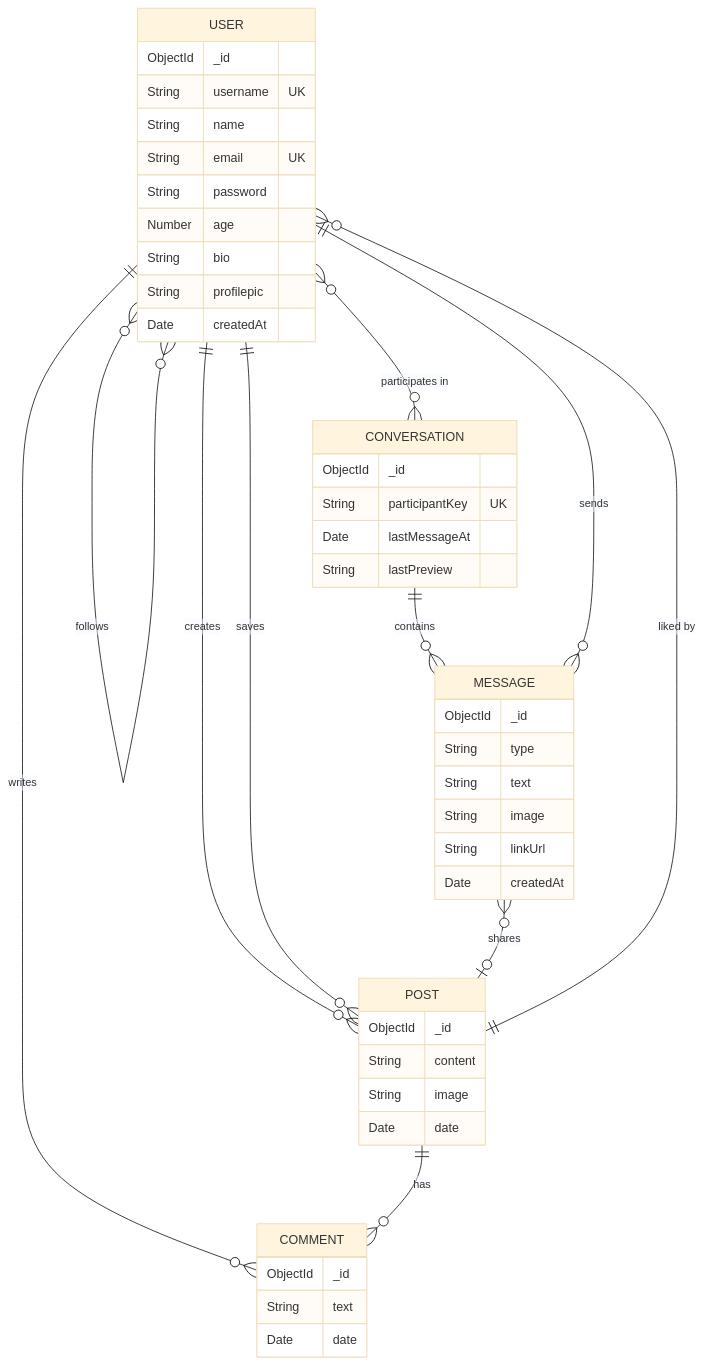
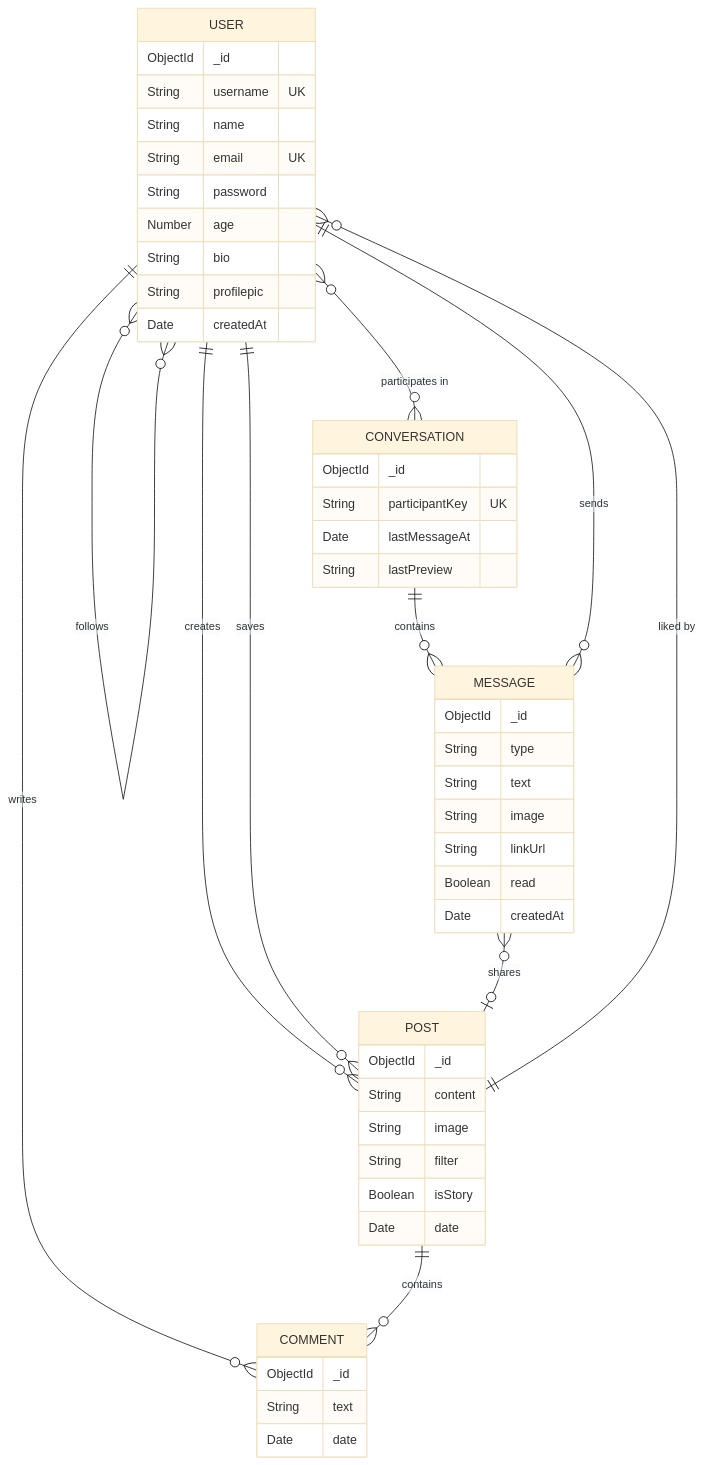
The first of 2 diagrams in README.md (Vidhya-Majee/SocialSphere), drawn with Mermaid (base theme) before and after one commit. The commit also changed other lines of this file and 17 other files, not shown here.

````diff
--- a/README.md
+++ b/README.md
@@ -322,50 +64,53 @@
 ```mermaid
 erDiagram
     USER {
         ObjectId _id
         String   username UK
         String   name
         String   email UK
         String   password
         Number   age
         String   bio
         String   profilepic
         Date     createdAt
     }
     POST {
         ObjectId _id
         String   content
         String   image
+        String   filter
+        Boolean  isStory
         Date     date
     }
     COMMENT {
         ObjectId _id
         String   text
         Date     date
     }
     CONVERSATION {
         ObjectId _id
         String   participantKey UK
         Date     lastMessageAt
         String   lastPreview
     }
     MESSAGE {
         ObjectId _id
         String   type
         String   text
         String   image
         String   linkUrl
+        Boolean  read
         Date     createdAt
     }
 
     USER ||--o{ POST        : "creates"
     USER ||--o{ COMMENT     : "writes"
     USER }o--o{ USER        : "follows"
     USER ||--o{ POST        : "saves"
-    POST ||--o{ COMMENT     : "has"
+    POST ||--o{ COMMENT     : "contains"
     POST ||--o{ USER        : "liked by"
     USER }o--o{ CONVERSATION: "participates in"
     CONVERSATION ||--o{ MESSAGE : "contains"
     USER ||--o{ MESSAGE     : "sends"
     MESSAGE }o--o| POST     : "shares"
 ```
````
